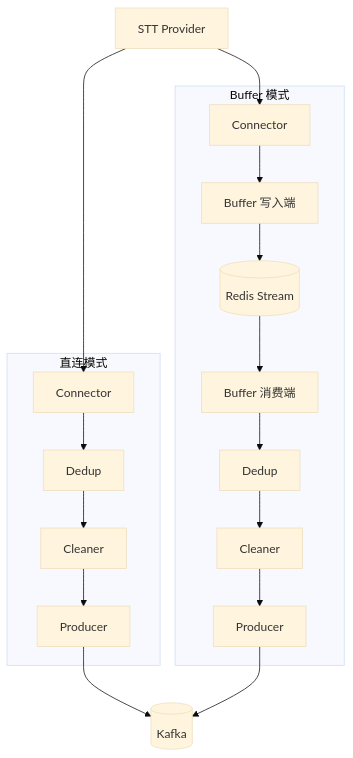
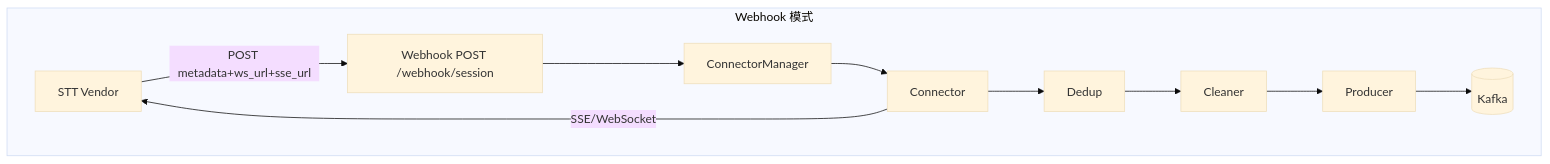
One commit to xiaodouya001/transcribe_service changed the first of 3 diagrams in docs/architecture.md. Above: the diagram before and after it, drawn with Mermaid (base theme). The commit also changed other lines of this file and 40 other files, not shown here.

````diff
--- a/docs/architecture.md
+++ b/docs/architecture.md
@@ -24,30 +24,21 @@
 ```mermaid
 flowchart TB
-    subgraph Direct [直连模式]
-        Connector1[Connector]
-        Dedup1[Dedup]
-        Cleaner1[Cleaner]
-        Producer1[Producer]
-        Connector1 --> Dedup1
-        Dedup1 --> Cleaner1
-        Cleaner1 --> Producer1
+    subgraph WebhookFlow [Webhook 模式]
+        Vendor[STT Vendor]
+        Webhook[Webhook POST /webhook/session]
+        ConnMgr[ConnectorManager]
+        Conn[Connector]
+        Dedup[Dedup]
+        Cleaner[Cleaner]
+        Producer[Producer]
+        Kafka[(Kafka)]
+        Vendor -->|"POST metadata+ws_url+sse_url"| Webhook
+        Webhook --> ConnMgr
+        ConnMgr --> Conn
+        Conn -->|"SSE/WebSocket"| Vendor
+        Conn --> Dedup
+        Dedup --> Cleaner
+        Cleaner --> Producer
+        Producer --> Kafka
     end
-    subgraph Buffer [Buffer 模式]
-        Connector2[Connector]
-        BufferWrite[Buffer 写入端]
-        BufferRead[Buffer 消费端]
-        Dedup2[Dedup]
-        Cleaner2[Cleaner]
-        Producer2[Producer]
-        Connector2 --> BufferWrite
-        BufferWrite --> Redis[(Redis Stream)]
-        Redis --> BufferRead
-        BufferRead --> Dedup2
-        Dedup2 --> Cleaner2
-        Cleaner2 --> Producer2
-    end
-    STT[STT Provider] --> Connector1
-    STT --> Connector2
-    Producer1 --> Kafka[(Kafka)]
-    Producer2 --> Kafka
 ```
````
